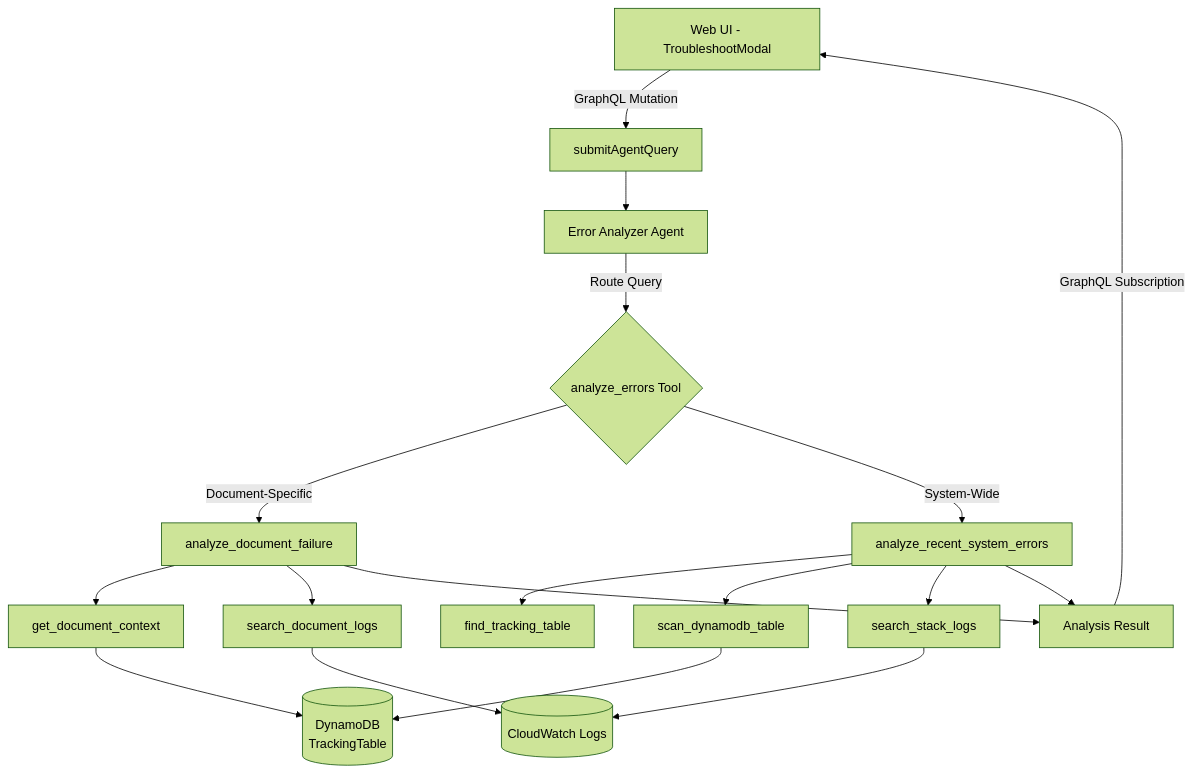
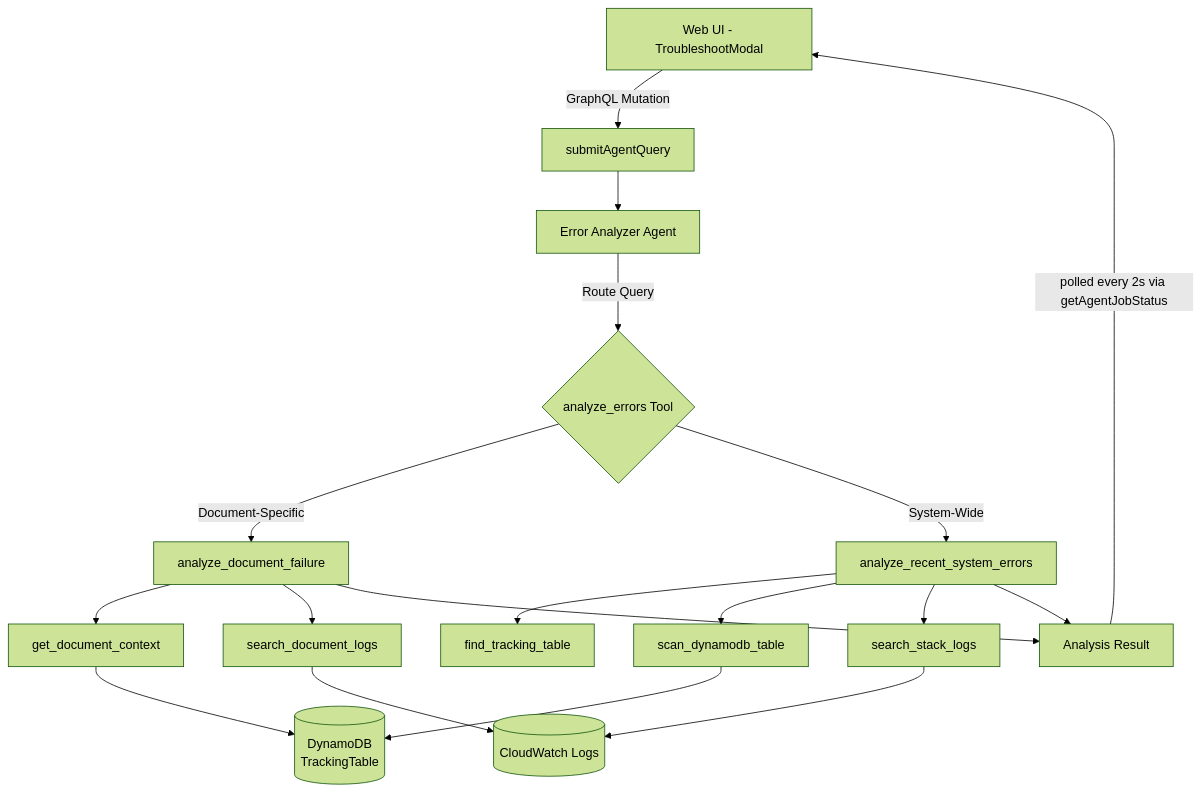
Before and after one commit to cdklabs/genai-idp: the first of 5 diagrams in sources/docs/error-analyzer.md, drawn with Mermaid (forest theme). The commit also changed other lines of this file and 3305 other files, not shown here.

````diff
--- a/sources/docs/error-analyzer.md
+++ b/sources/docs/error-analyzer.md
@@ -38,25 +38,25 @@
 ```mermaid
 flowchart TD
     UI[Web UI - TroubleshootModal] -->|GraphQL Mutation| Submit[submitAgentQuery]
     Submit --> Agent[Error Analyzer Agent]
     Agent -->|Route Query| Router{analyze_errors Tool}
     
     Router -->|Document-Specific| DocAnalysis[analyze_document_failure]
     Router -->|System-Wide| SysAnalysis[analyze_recent_system_errors]
     
     DocAnalysis --> GetContext[get_document_context]
     DocAnalysis --> SearchDocLogs[search_document_logs]
     
     SysAnalysis --> FindTable[find_tracking_table]
     SysAnalysis --> ScanDB[scan_dynamodb_table]
     SysAnalysis --> SearchStackLogs[search_stack_logs]
     
     GetContext --> DDB[(DynamoDB<br/>TrackingTable)]
     SearchDocLogs --> CW[(CloudWatch Logs)]
     SearchStackLogs --> CW
     ScanDB --> DDB
     
     DocAnalysis --> Result[Analysis Result]
     SysAnalysis --> Result
-    Result -->|GraphQL Subscription| UI
+    Result -->|polled every 2s via getAgentJobStatus| UI
 ```
````
